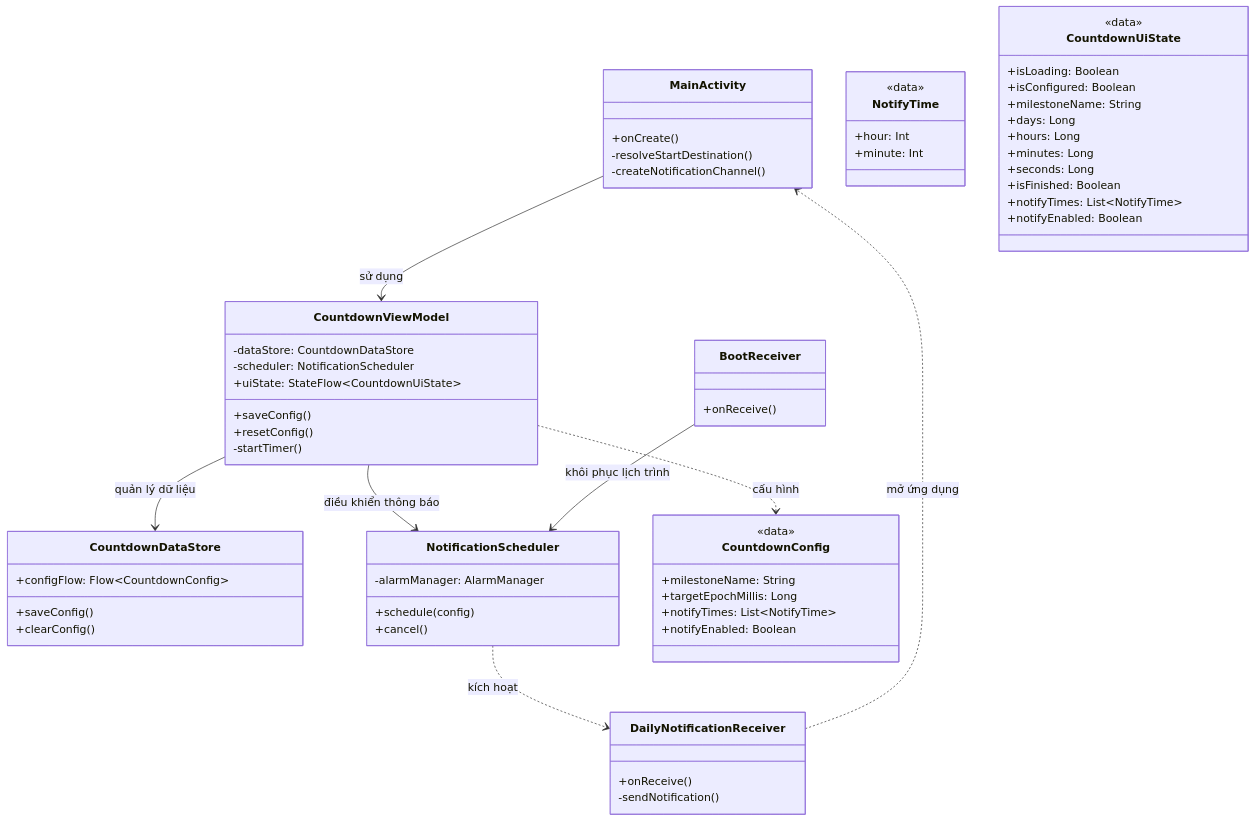
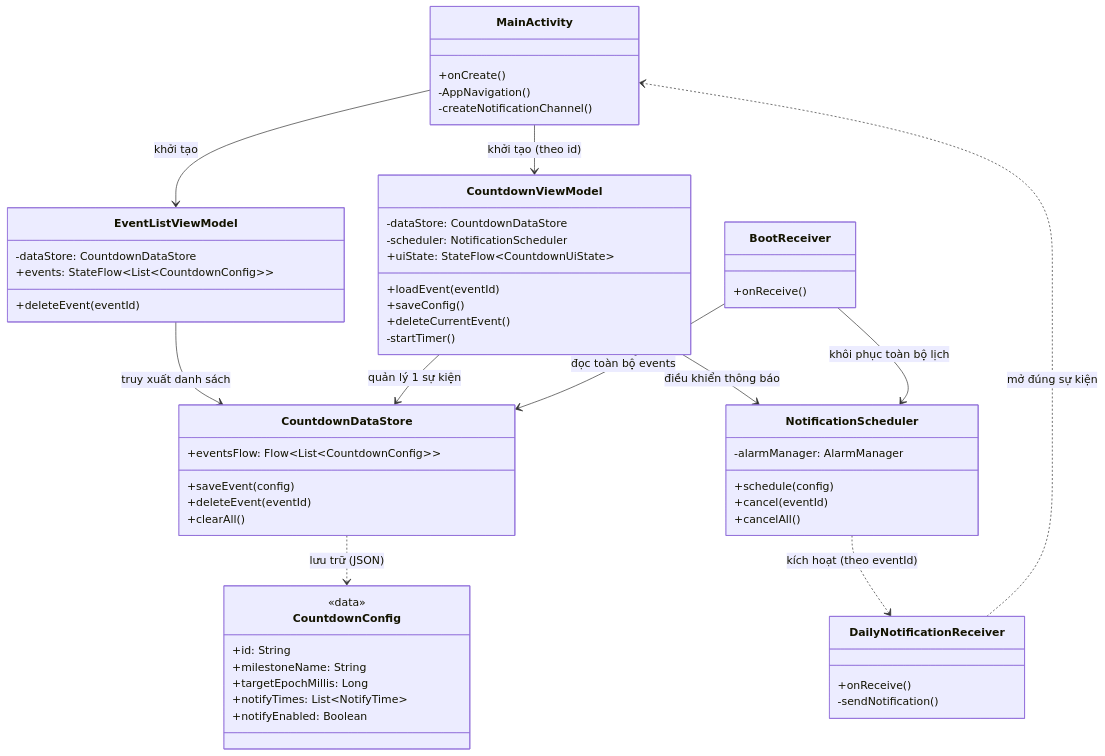
One commit to nvdung1607/CountDayLeave changed the diagram in README.md. Above: the diagram before and after it, drawn with Mermaid. The commit also changed other lines of this file, not shown here.

Commit message:
docs: update README with multi-event support details

````diff
--- a/README.md
+++ b/README.md
@@ -27,76 +29,69 @@
 ```mermaid
 classDiagram
     class MainActivity {
         +onCreate()
-        -resolveStartDestination()
+        -AppNavigation()
         -createNotificationChannel()
+    }
+
+    class EventListViewModel {
+        -dataStore: CountdownDataStore
+        +events: StateFlow~List~CountdownConfig~~
+        +deleteEvent(eventId)
     }
 
     class CountdownViewModel {
         -dataStore: CountdownDataStore
         -scheduler: NotificationScheduler
         +uiState: StateFlow~CountdownUiState~
+        +loadEvent(eventId)
         +saveConfig()
-        +resetConfig()
+        +deleteCurrentEvent()
         -startTimer()
     }
 
     class CountdownDataStore {
-        +configFlow: Flow~CountdownConfig~
-        +saveConfig()
-        +clearConfig()
+        +eventsFlow: Flow~List~CountdownConfig~~
+        +saveEvent(config)
+        +deleteEvent(eventId)
+        +clearAll()
     }
 
     class NotificationScheduler {
         -alarmManager: AlarmManager
         +schedule(config)
-        +cancel()
+        +cancel(eventId)
+        +cancelAll()
     }
 
     class DailyNotificationReceiver {
         +onReceive()
         -sendNotification()
     }
 
     class BootReceiver {
         +onReceive()
     }
 
     class CountdownConfig {
         <<data>>
+        +id: String
         +milestoneName: String
         +targetEpochMillis: Long
         +notifyTimes: List~NotifyTime~
         +notifyEnabled: Boolean
     }
 
-    class NotifyTime {
-        <<data>>
-        +hour: Int
-        +minute: Int
-    }
-
-    class CountdownUiState {
-        <<data>>
-        +isLoading: Boolean
-        +isConfigured: Boolean
-        +milestoneName: String
-        +days: Long
-        +hours: Long
-        +minutes: Long
-        +seconds: Long
-        +isFinished: Boolean
-        +notifyTimes: List~NotifyTime~
-        +notifyEnabled: Boolean
-    }
-
     %% Relationships
-    MainActivity --> CountdownViewModel : sử dụng
-    CountdownViewModel --> CountdownDataStore : quản lý dữ liệu
+    MainActivity --> EventListViewModel : khởi tạo
+    MainActivity --> CountdownViewModel : khởi tạo (theo id)
+    EventListViewModel --> CountdownDataStore : truy xuất danh sách
+    CountdownViewModel --> CountdownDataStore : quản lý 1 sự kiện
     CountdownViewModel --> NotificationScheduler : điều khiển thông báo
-    CountdownViewModel ..> CountdownConfig : cấu hình
+    CountdownDataStore ..> CountdownConfig : lưu trữ (JSON)
     
-    NotificationScheduler ..> DailyNotificationReceiver : kích hoạt
-    BootReceiver --> NotificationScheduler : khôi phục lịch trình
-    DailyNotificationReceiver ..> MainActivity : mở ứng dụng
+    NotificationScheduler ..> DailyNotificationReceiver : kích hoạt (theo eventId)
+    BootReceiver --> CountdownDataStore : đọc toàn bộ events
+    BootReceiver --> NotificationScheduler : khôi phục toàn bộ lịch
+    DailyNotificationReceiver ..> MainActivity : mở đúng sự kiện
 ```
````
